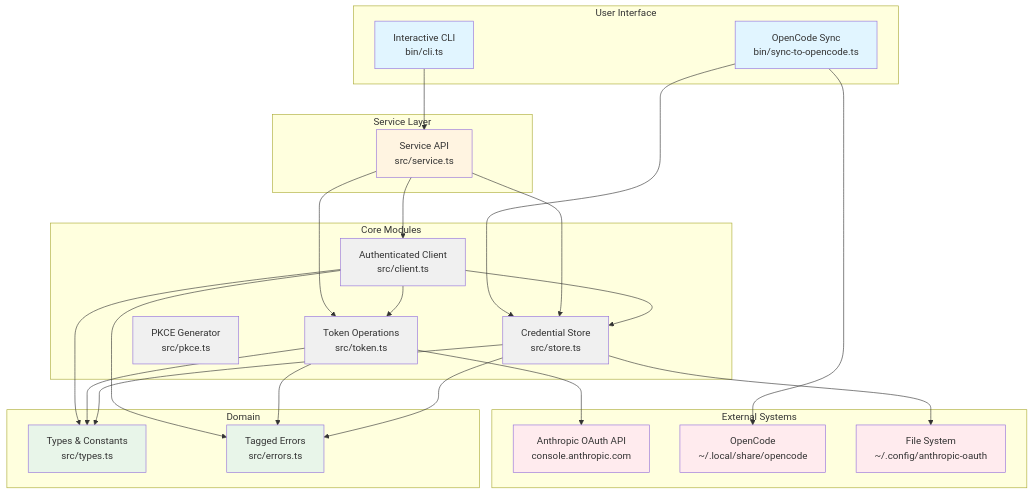
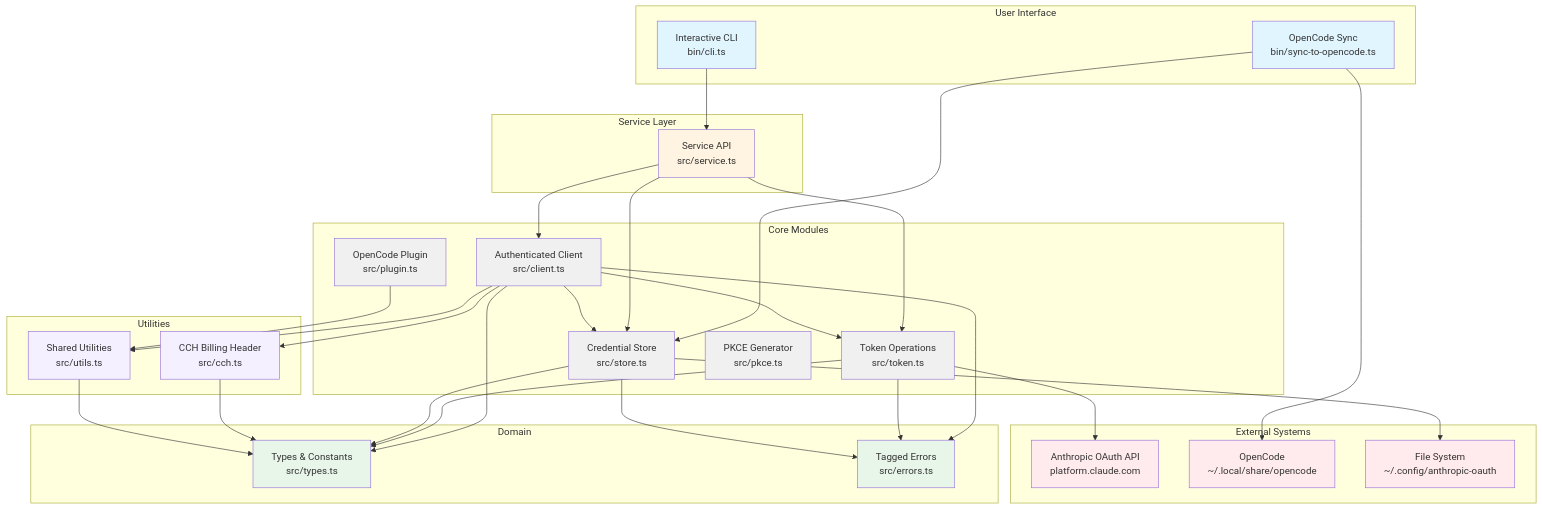
One commit to cipher-rc5/not-anthropic-oauth changed the first of 12 diagrams in docs/ARCHITECTURE.md. Above: the diagram before and after it, drawn with Mermaid. The commit also changed other lines of this file and 29 other files, not shown here.

````diff
--- a/docs/ARCHITECTURE.md
+++ b/docs/ARCHITECTURE.md
@@ -22,59 +22,73 @@
 ```mermaid
 graph TB
     subgraph "User Interface"
         CLI[Interactive CLI<br/>bin/cli.ts]
         Sync[OpenCode Sync<br/>bin/sync-to-opencode.ts]
     end
 
     subgraph "Service Layer"
         Service[Service API<br/>src/service.ts]
     end
 
     subgraph "Core Modules"
         Client[Authenticated Client<br/>src/client.ts]
         Token[Token Operations<br/>src/token.ts]
         Store[Credential Store<br/>src/store.ts]
         PKCE[PKCE Generator<br/>src/pkce.ts]
+        Plugin[OpenCode Plugin<br/>src/plugin.ts]
+    end
+
+    subgraph "Utilities"
+        CCH[CCH Billing Header<br/>src/cch.ts]
+        Utils[Shared Utilities<br/>src/utils.ts]
     end
 
     subgraph "Domain"
         Types[Types & Constants<br/>src/types.ts]
         Errors[Tagged Errors<br/>src/errors.ts]
     end
 
     subgraph "External Systems"
-        Anthropic[Anthropic OAuth API<br/>console.anthropic.com]
+        Anthropic[Anthropic OAuth API<br/>platform.claude.com]
         OpenCode[OpenCode<br/>~/.local/share/opencode]
         FileSystem[File System<br/>~/.config/anthropic-oauth]
     end
 
     CLI --> Service
     Sync --> Store
     Service --> Client
     Service --> Token
     Service --> Store
     Client --> Token
     Client --> Store
+    Client --> CCH
+    Client --> Utils
+    Plugin --> Utils
     Token --> Anthropic
     Store --> FileSystem
     Sync --> OpenCode
     Client --> Types
     Client --> Errors
     Token --> Types
     Token --> Errors
     Store --> Types
     Store --> Errors
+    CCH --> Types
+    Utils --> Types
 
     style CLI fill:#e1f5ff
     style Sync fill:#e1f5ff
     style Service fill:#fff4e1
     style Client fill:#f0f0f0
     style Token fill:#f0f0f0
     style Store fill:#f0f0f0
     style PKCE fill:#f0f0f0
+    style Plugin fill:#f0f0f0
+    style CCH fill:#f5f0ff
+    style Utils fill:#f5f0ff
     style Types fill:#e8f5e9
     style Errors fill:#e8f5e9
     style Anthropic fill:#ffebee
     style OpenCode fill:#ffebee
     style FileSystem fill:#ffebee
 ```
````
